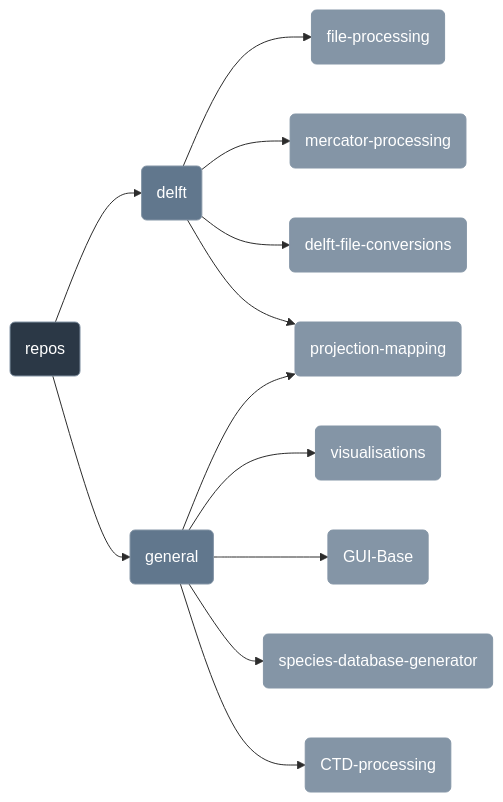
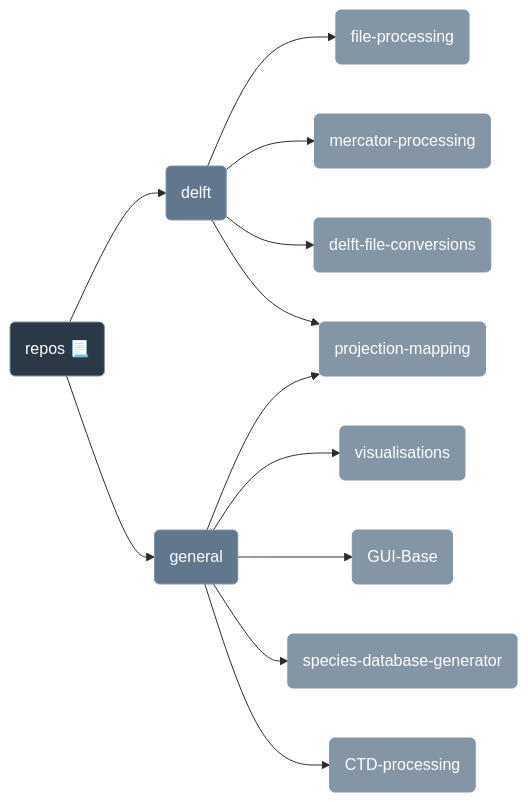
Before and after one commit to Anchor-Environmental/.github: the diagram in profile/README.md, drawn with Mermaid.

Commit message:
homepage updates

````diff
--- a/profile/README.md
+++ b/profile/README.md
@@ -39,26 +39,26 @@
 ```mermaid
 %%{init: {'theme':'base', 'themeVariables': {
       'primaryColor': '#61778d',
       'primaryTextColor': '#fff',
       'primaryBorderColor': '#8495a6',
       'lineColor': '#2c2c2c',
       'secondaryColor': '#8495a6',
       'tertiaryColor': '#8495a6'
     }}}%%
 flowchart LR
-  A(repos fa:fa-solid fa-list-ul):::layer0-->B(delft):::layer1
+  A(repos 📃):::layer0-->B(delft):::layer1
   B(delft)-->C(file-processing):::layer2
   B-->J(mercator-processing):::layer2
   B-->E(delft-file-conversions):::layer2
   B-->D(projection-mapping):::layer2
-  A(repos)-->F(general):::layer1
+  A(repos 📃)-->F(general):::layer1
   F-->G(visualisations):::layer2
   F-->D(projection-mapping):::layer2
   F-->I(GUI-Base):::layer2
   F-->K(species-database-generator):::layer2
   F-->L(CTD-processing):::layer2
 
  classDef layer0 fill:#2b3846
  classDef layer1 fill:#61778d
  classDef layer2 fill:#8495a6
 ```
````
